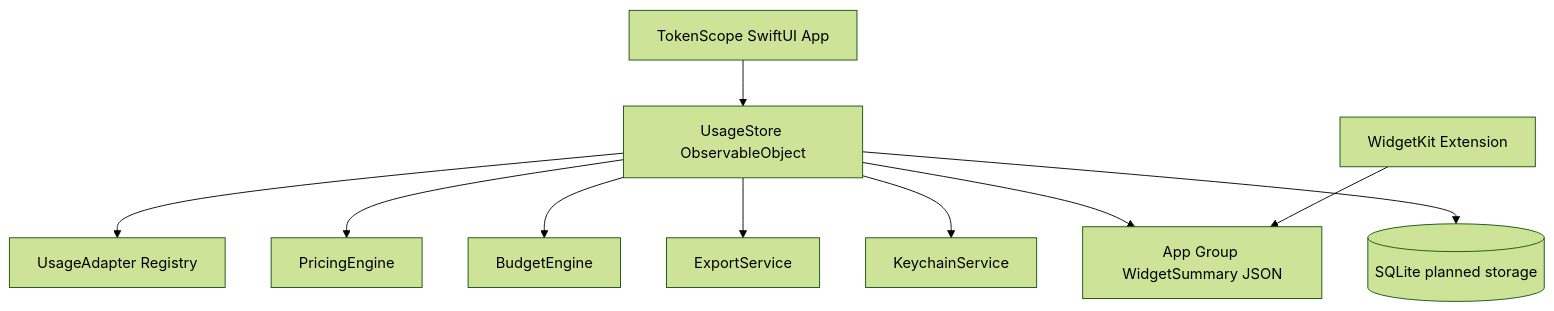
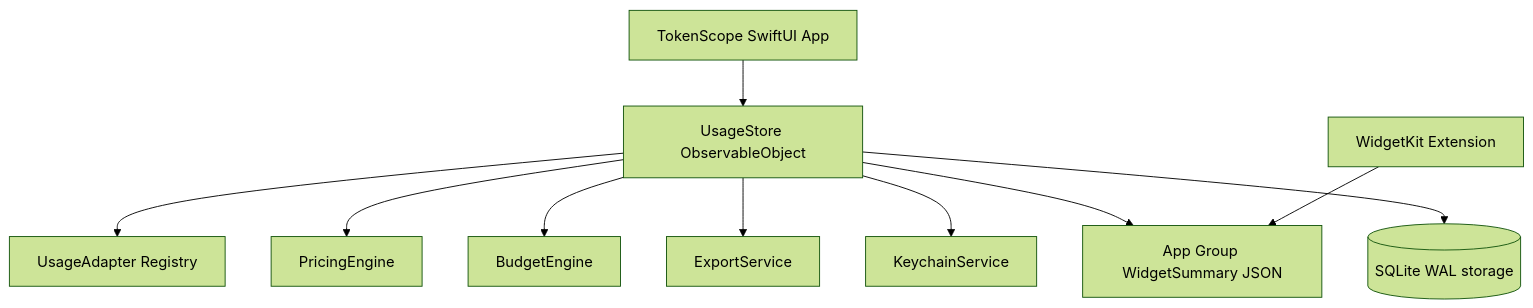
The diagram in docs/ARCHITECTURE.md (BennettL569/Token-UI-TokenScope), drawn with Mermaid (forest theme) before and after one commit. The commit also changed other lines of this file and 14 other files, not shown here.

````diff
--- a/docs/ARCHITECTURE.md
+++ b/docs/ARCHITECTURE.md
@@ -38,23 +40,23 @@
 ```mermaid
 flowchart TD
   App[TokenScope SwiftUI App]
   Store[UsageStore ObservableObject]
   Adapters[UsageAdapter Registry]
   Pricing[PricingEngine]
   Budget[BudgetEngine]
   Export[ExportService]
   Keychain[KeychainService]
   Widget[WidgetKit Extension]
   Shared[App Group WidgetSummary JSON]
-  SQLite[(SQLite planned storage)]
+  SQLite[(SQLite WAL storage)]
 
   App --> Store
   Store --> Adapters
   Store --> Pricing
   Store --> Budget
   Store --> Export
   Store --> Keychain
   Store --> Shared
   Widget --> Shared
   Store --> SQLite
 ```
````
